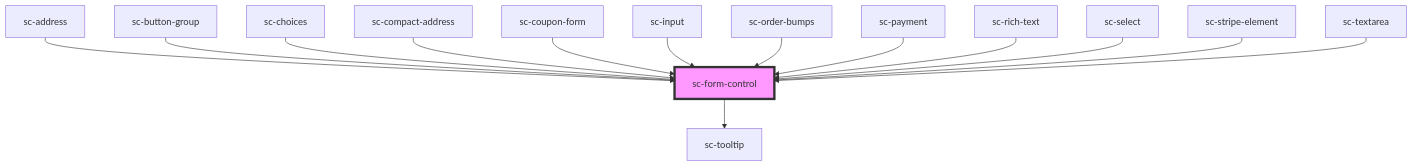
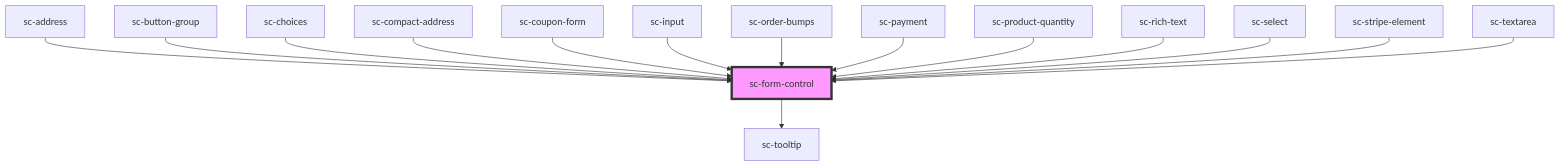
Before and after one commit to surecart/surecart-wp-plugin: the diagram in packages/components/src/components/ui/form-control/readme.md, drawn with Mermaid. The commit also changed other lines of this file and 53 other files, not shown here.

````diff
--- a/packages/components/src/components/ui/form-control/readme.md
+++ b/packages/components/src/components/ui/form-control/readme.md
@@ -57,17 +58,18 @@
 ```mermaid
 graph TD;
   sc-form-control --> sc-tooltip
   sc-address --> sc-form-control
   sc-button-group --> sc-form-control
   sc-choices --> sc-form-control
   sc-compact-address --> sc-form-control
   sc-coupon-form --> sc-form-control
   sc-input --> sc-form-control
   sc-order-bumps --> sc-form-control
   sc-payment --> sc-form-control
+  sc-product-quantity --> sc-form-control
   sc-rich-text --> sc-form-control
   sc-select --> sc-form-control
   sc-stripe-element --> sc-form-control
   sc-textarea --> sc-form-control
   style sc-form-control fill:#f9f,stroke:#333,stroke-width:4px
 ```
````
